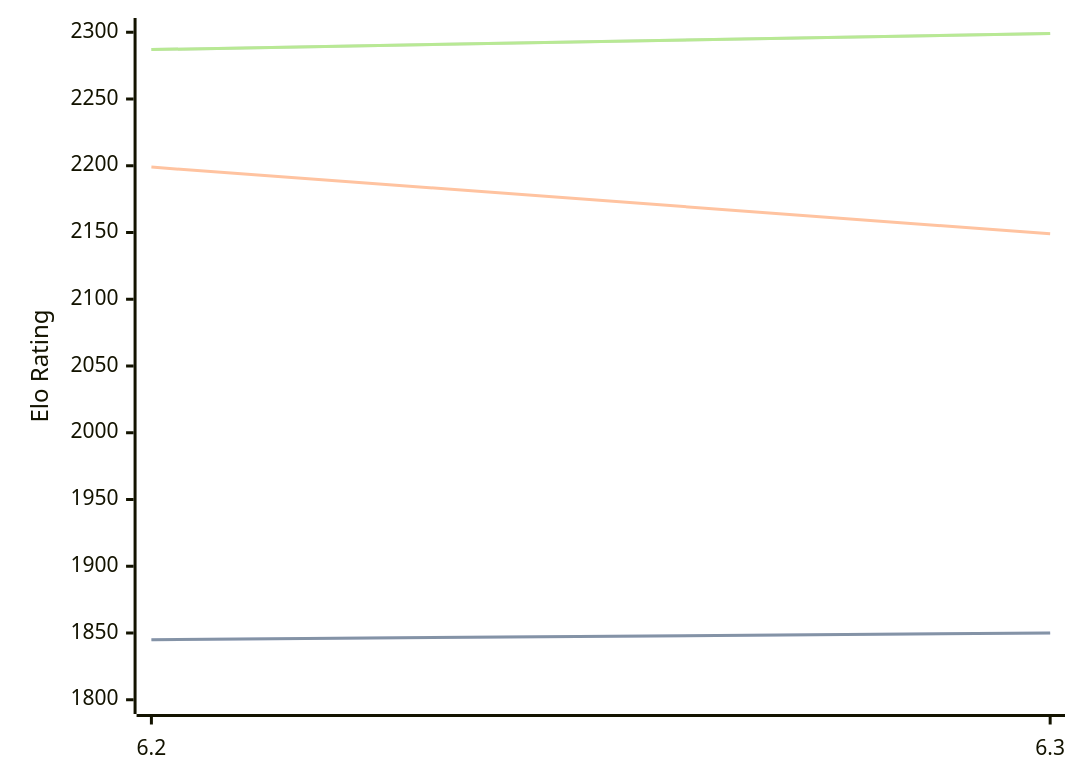
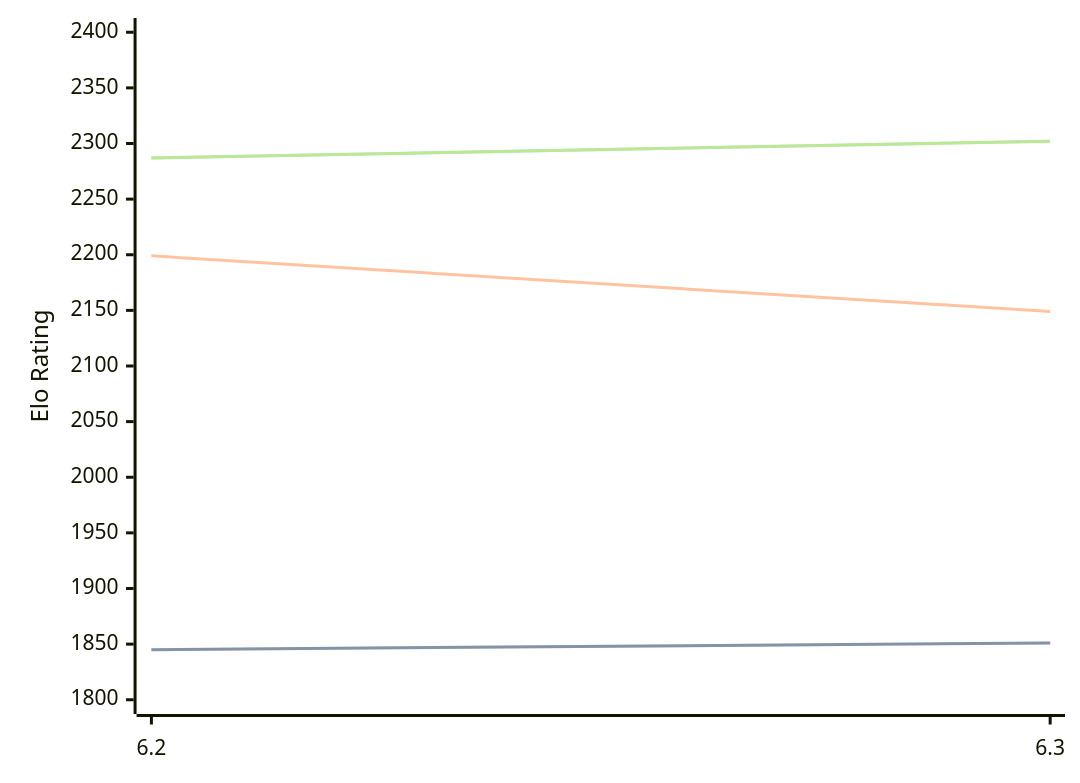
One commit to computer-chess-index/cci changed the first of 3 diagrams in engines/chess4j.md. Above: the diagram before and after it, drawn with Mermaid. The commit also changed other lines of this file, not shown here.

Commit message:
Update CCI Ratings (ELO VLTC) - 2026-07-07

````diff
--- a/engines/chess4j.md
+++ b/engines/chess4j.md
@@ -38,11 +38,11 @@
 ```mermaid
 %%{init: {"theme":"base","themeVariables":{"seriesColors:['#a3a3a3','#222221','#faa371']}}}%%
 xychart-beta
   x-axis ["6.2", "6.3"]
-  y-axis "Elo Rating" 1800 --> 2300
-  line "STC (8.0+0.08s)" [1845, 1850]
-  line "STC (8.0+0.08s)" [1845, 1850]
+  y-axis "Elo Rating" 1800 --> 2400
+  line "STC (8.0+0.08s)" [1845, 1851]
+  line "STC (8.0+0.08s)" [1845, 1851]
   line "LTC (60.0+0.60s)" [2199, 2149]
-  line "VLTC (2m24s+1.12s)" [2287, 2299]
-  line "VLTC (2m24s+1.12s)" [2287, 2299]
+  line "VLTC (2m24s+1.12s)" [2287, 2302]
+  line "VLTC (2m24s+1.12s)" [2287, 2302]
 ```
````
